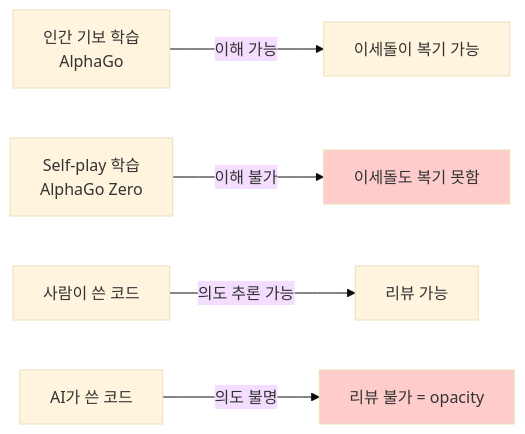
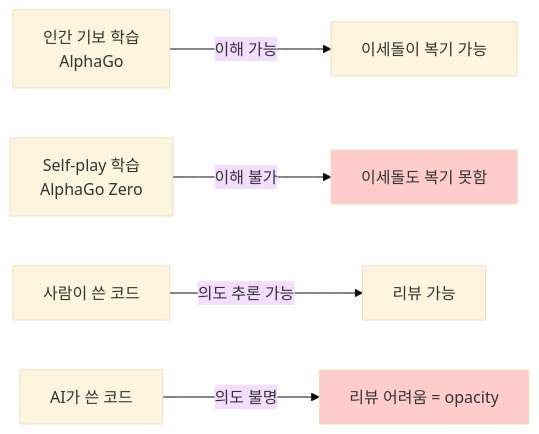
Before and after one commit to Jimmy-Jung/ai-symbiote: the first of 12 diagrams in docs/09-검증-레이어-동작원리.md, drawn with Mermaid (base theme). The commit also changed other lines of this file, not shown here.

````diff
--- a/docs/09-검증-레이어-동작원리.md
+++ b/docs/09-검증-레이어-동작원리.md
@@ -13,11 +36,11 @@
 ```mermaid
 flowchart LR
     A["인간 기보 학습<br/>AlphaGo"] -->|이해 가능| B["이세돌이 복기 가능"]
     C["Self-play 학습<br/>AlphaGo Zero"] -->|이해 불가| D["이세돌도 복기 못함"]
 
     E["사람이 쓴 코드"] -->|의도 추론 가능| F["리뷰 가능"]
-    G["AI가 쓴 코드"] -->|의도 불명| H["리뷰 불가 = opacity"]
+    G["AI가 쓴 코드"] -->|의도 불명| H["리뷰 어려움 = opacity"]
 
     style H fill:#ffcccc
     style D fill:#ffcccc
 ```
````
